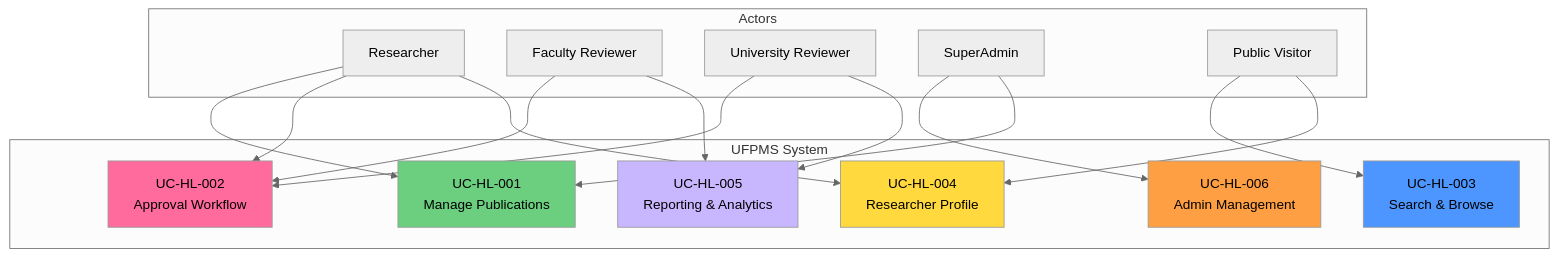
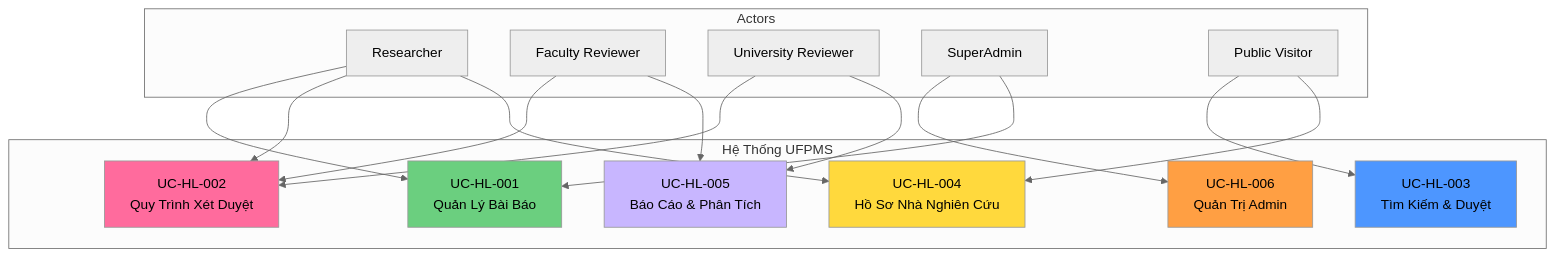
One commit to Ng0cTh4nhk5/ufpms-docs changed the second of 2 diagrams in docs/05_Use_Cases/README.md. Above: the diagram before and after it, drawn with Mermaid (neutral theme). The commit also changed other lines of this file and 70 other files, not shown here.

````diff
--- a/docs/05_Use_Cases/README.md
+++ b/docs/05_Use_Cases/README.md
@@ -108,42 +108,42 @@
 ```mermaid
 graph TB
     subgraph Actors
         RES[Researcher]
         FCR[Faculty Reviewer]
         UNR[University Reviewer]
         ADM[SuperAdmin]
         VIW[Public Visitor]
     end
     
-    subgraph "UFPMS System"
-        UC1[UC-HL-001<br/>Manage Publications]
-        UC2[UC-HL-002<br/>Approval Workflow]
-        UC3[UC-HL-003<br/>Search & Browse]
-        UC4[UC-HL-004<br/>Researcher Profile]
-        UC5[UC-HL-005<br/>Reporting & Analytics]
-        UC6[UC-HL-006<br/>Admin Management]
+    subgraph "Hệ Thống UFPMS"
+        UC1[UC-HL-001<br/>Quản Lý Bài Báo]
+        UC2[UC-HL-002<br/>Quy Trình Xét Duyệt]
+        UC3[UC-HL-003<br/>Tìm Kiếm & Duyệt]
+        UC4[UC-HL-004<br/>Hồ Sơ Nhà Nghiên Cứu]
+        UC5[UC-HL-005<br/>Báo Cáo & Phân Tích]
+        UC6[UC-HL-006<br/>Quản Trị Admin]
     end
     
     RES --> UC1
     RES --> UC2
     RES --> UC4
     
     FCR --> UC2
     FCR --> UC5
     
     UNR --> UC2
     UNR --> UC5
     
     ADM --> UC6
     ADM --> UC1
     
     VIW --> UC3
     VIW --> UC4
     
     style UC1 fill:#6bcf7f
     style UC2 fill:#ff6b9d
     style UC3 fill:#4d96ff
     style UC4 fill:#ffd93d
     style UC5 fill:#c8b6ff
     style UC6 fill:#ff9f43
 ```
````
